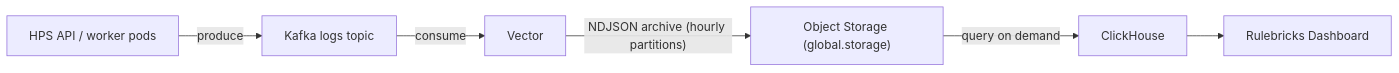
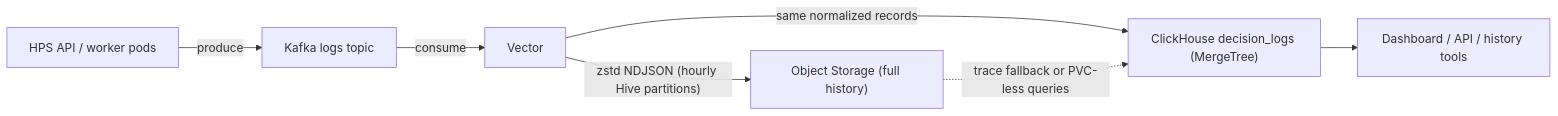
Before and after one commit to rulebricks/docs: the third of 4 diagrams in pages/private-deployment/architecture.mdx, drawn with Mermaid. The commit also changed other lines of this file and 57 other files, not shown here.

````diff
--- a/pages/private-deployment/architecture.mdx
+++ b/pages/private-deployment/architecture.mdx
@@ -143,8 +144,9 @@
 ```mermaid
 flowchart LR
     HPS["HPS API / worker pods"] -->|produce| LogsTopic["Kafka logs topic"]
     LogsTopic -->|consume| Vector[Vector]
-    Vector -->|"NDJSON archive (hourly partitions)"| Bucket["Object Storage (global.storage)"]
-    Bucket -->|query on demand| ClickHouse[ClickHouse]
-    ClickHouse --> Dashboard[Rulebricks Dashboard]
+    Vector -->|"zstd NDJSON (hourly Hive partitions)"| Bucket["Object Storage (full history)"]
+    Vector -->|"same normalized records"| ClickHouse["ClickHouse decision_logs (MergeTree)"]
+    ClickHouse --> App["Dashboard / API / history tools"]
+    Bucket -.->|"trace fallback or PVC-less queries"| ClickHouse
 ```
````
